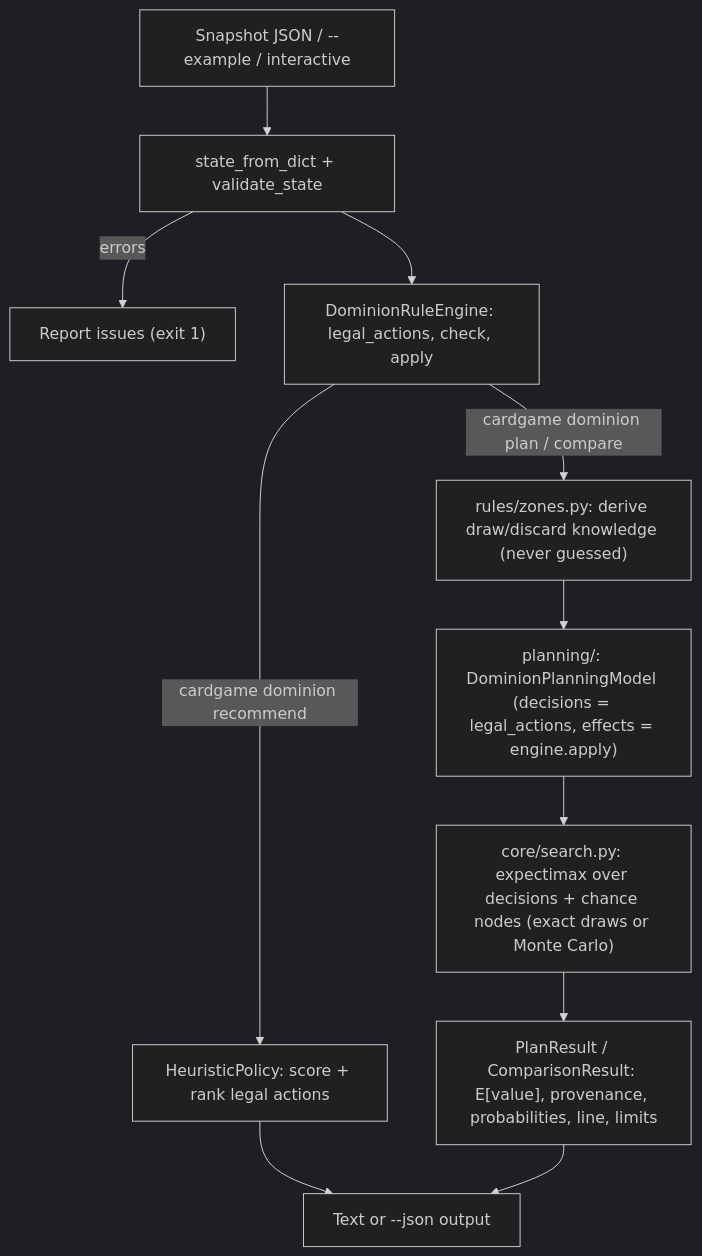
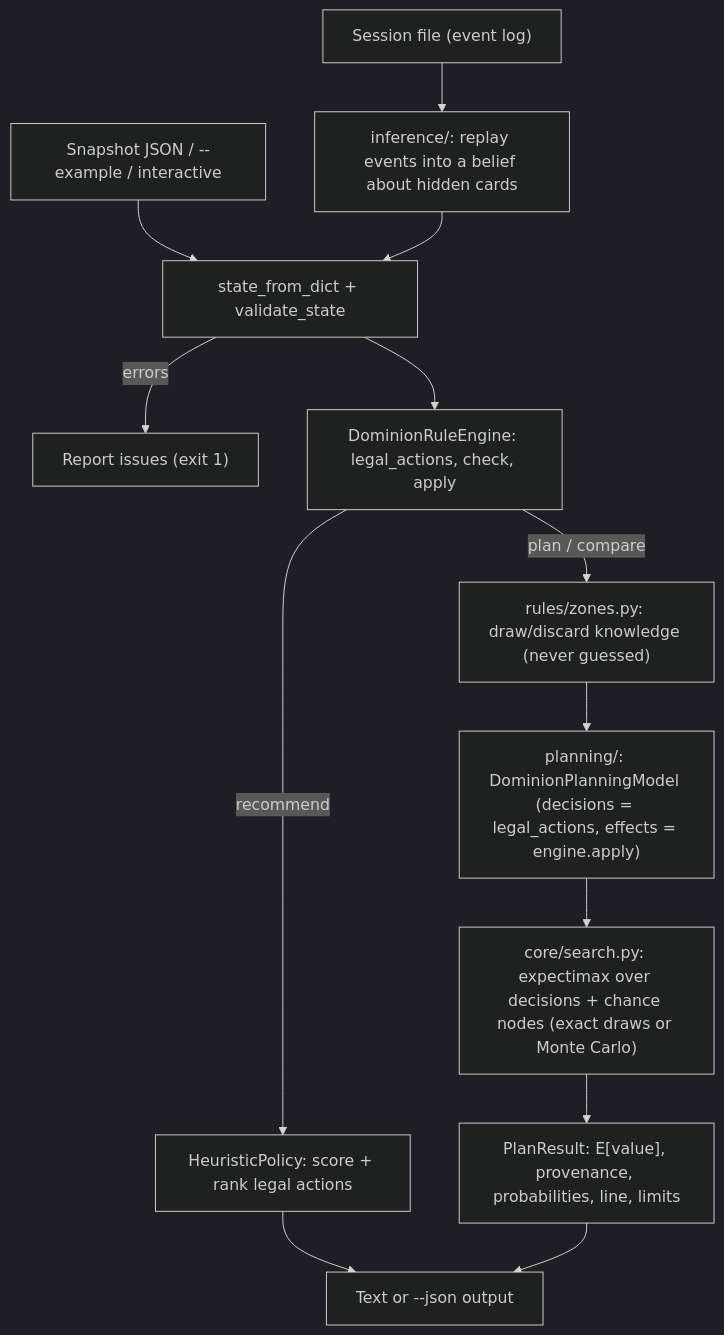
One commit to Ashleyhx/Card-Game-Rule-Engine changed the diagram in README.md. Above: the diagram before and after it, drawn with Mermaid (dark theme). The commit also changed other lines of this file and 32 other files, not shown here.

````diff
--- a/README.md
+++ b/README.md
@@ -29,13 +24,15 @@
 ```mermaid
 flowchart TD
     S["Snapshot JSON / --example / interactive"] --> P["state_from_dict + validate_state"]
+    L["Session file (event log)"] --> B["inference/: replay events into a belief about hidden cards"]
+    B --> P
     P -->|errors| X["Report issues (exit 1)"]
     P --> E["DominionRuleEngine: legal_actions, check, apply"]
-    E -->|cardgame dominion recommend| H["HeuristicPolicy: score + rank legal actions"]
-    E -->|cardgame dominion plan / compare| Z["rules/zones.py: derive draw/discard knowledge (never guessed)"]
+    E -->|recommend| H["HeuristicPolicy: score + rank legal actions"]
+    E -->|plan / compare| Z["rules/zones.py: draw/discard knowledge (never guessed)"]
     Z --> M["planning/: DominionPlanningModel (decisions = legal_actions, effects = engine.apply)"]
     M --> C["core/search.py: expectimax over decisions + chance nodes (exact draws or Monte Carlo)"]
-    C --> R["PlanResult / ComparisonResult: E[value], provenance, probabilities, line, limits"]
+    C --> R["PlanResult: E[value], provenance, probabilities, line, limits"]
     H --> O["Text or --json output"]
     R --> O
 ```
````
